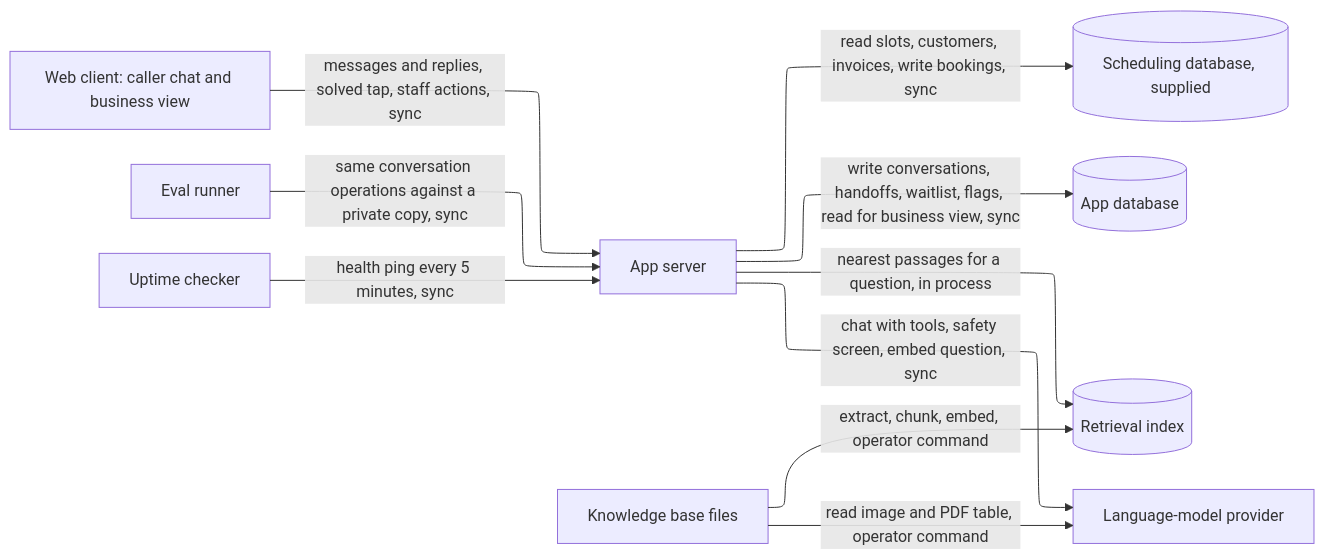
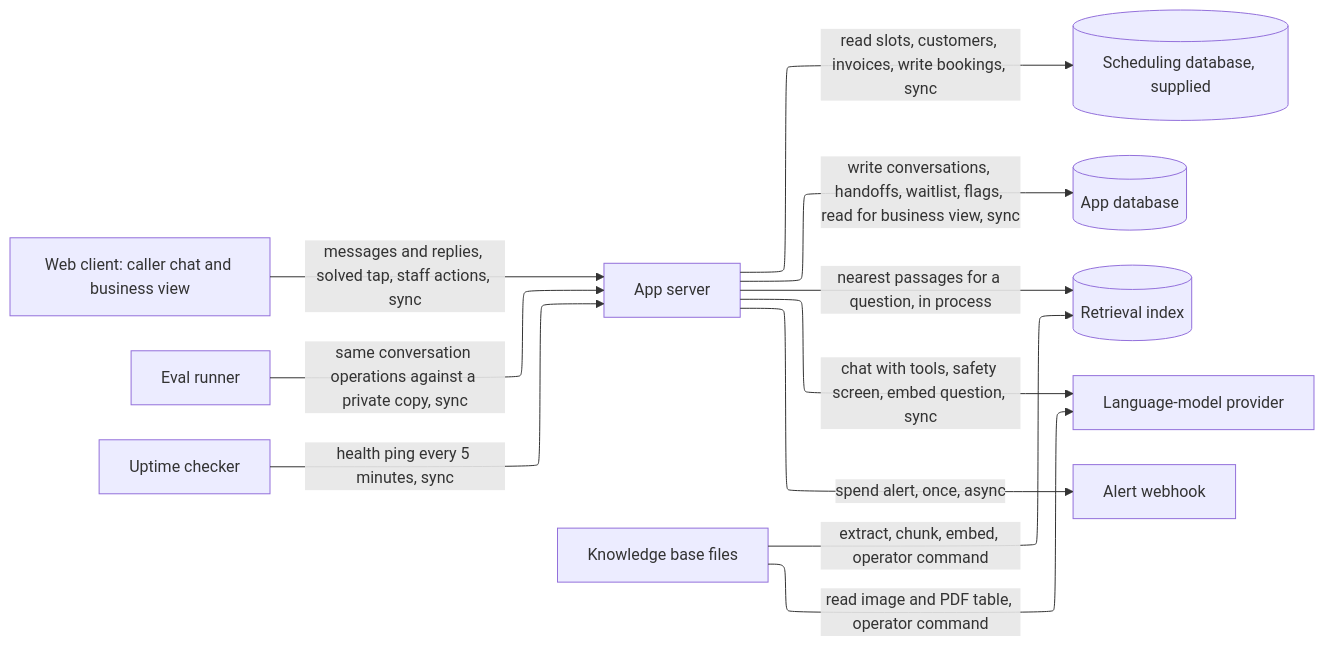
Before and after one commit to ThinkBuildMake/aea-fde-challenge: the first of 3 diagrams in docs/HIGH_LEVEL_DESIGN.md, drawn with Mermaid. The commit also changed other lines of this file and 6 other files, not shown here.

````diff
--- a/docs/HIGH_LEVEL_DESIGN.md
+++ b/docs/HIGH_LEVEL_DESIGN.md
@@ -13,16 +13,17 @@
 ```mermaid
 ---
 config:
   layout: elk
 ---
 flowchart LR
   client[Web client: caller chat and business view] -->|messages and replies, solved tap, staff actions, sync| app[App server]
   app -->|read slots, customers, invoices, write bookings, sync| sched[(Scheduling database, supplied)]
   app -->|write conversations, handoffs, waitlist, flags, read for business view, sync| appdb[(App database)]
   app -->|nearest passages for a question, in process| idx[(Retrieval index)]
   app -->|chat with tools, safety screen, embed question, sync| llm[Language-model provider]
   kb[Knowledge base files] -->|extract, chunk, embed, operator command| idx
   kb -->|read image and PDF table, operator command| llm
   evalr[Eval runner] -->|same conversation operations against a private copy, sync| app
   uptime[Uptime checker] -->|health ping every 5 minutes, sync| app
+  app -->|spend alert, once, async| alert[Alert webhook]
 ```
````
